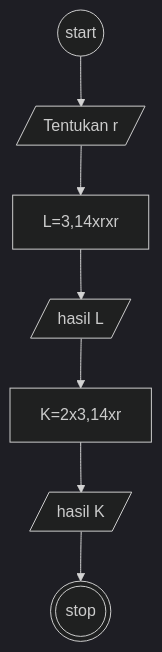
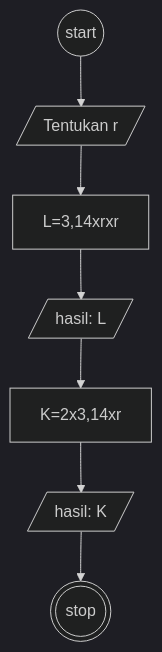
One commit to hilmy07/koda-b4-algoritma changed the diagram in minitask5.md. Above: the diagram before and after it, drawn with Mermaid (dark theme).

````diff
--- a/minitask5.md
+++ b/minitask5.md
@@ -3,11 +3,11 @@
 ```mermaid
 flowchart TD;
 
 strt((start))-->a[/Tentukan r/];
 a[/Tentukan r/]-->L[L=3,14xrxr];
-L[L=3,14xrxr]-->l[/"hasil L"/];
-l[/"hasil L"/]-->K[K=2x3,14xr];
-K[K=2x3,14xr]-->k[/"hasil K"/];
-k[/"hasil K"/]-->stp(((stop)));
+L[L=3,14xrxr]-->l[/"hasil:" L/];
+l[/"hasil:" L/]-->K[K=2x3,14xr];
+K[K=2x3,14xr]-->k[/"hasil:" K/];
+k[/"hasil:" K/]-->stp(((stop)));
 
 ```
````
